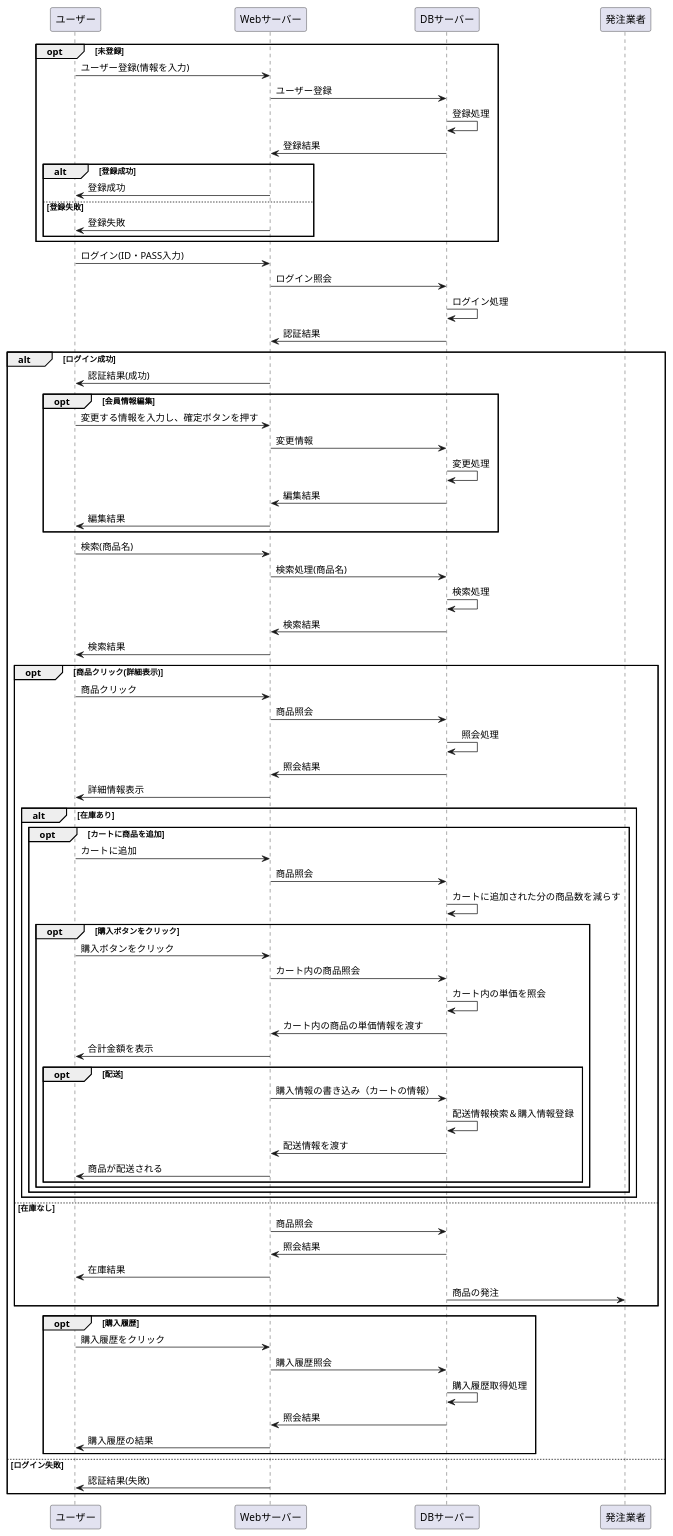
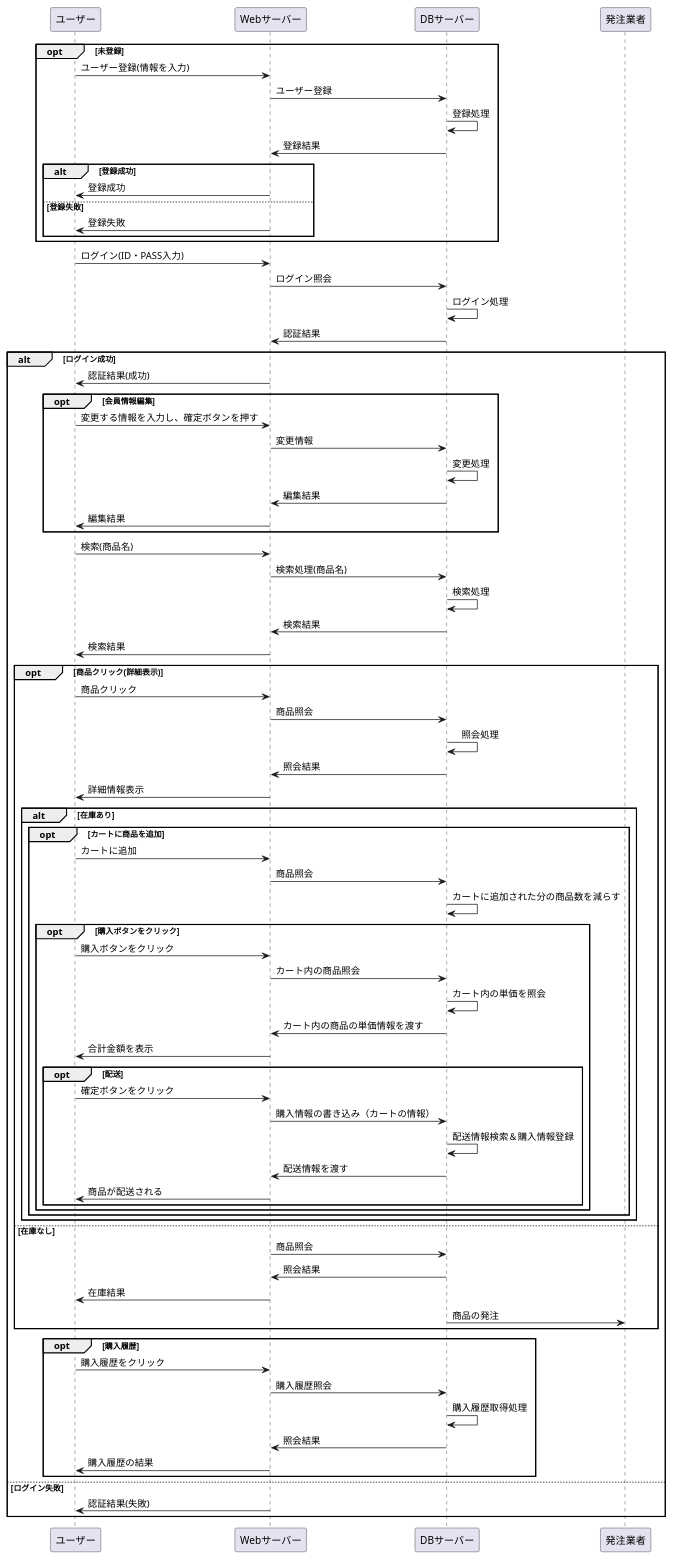
Before and after one commit to Aso2001221/Aso-Sports: the diagram in 設計書/02_業務フロー/Business-Flow.md, drawn with PlantUML.

```diff
--- a/設計書/02_業務フロー/Business-Flow.md
+++ b/設計書/02_業務フロー/Business-Flow.md
@@ -91,12 +91,14 @@
 DBサーバー -> Webサーバー :カート内の商品の単価情報を渡す
 Webサーバー -> ユーザー:合計金額を表示
 opt 配送
+ユーザー -> Webサーバー : 確定ボタンをクリック
 Webサーバー -> DBサーバー :購入情報の書き込み（カートの情報）
 DBサーバー -> DBサーバー : 配送情報検索＆購入情報登録
 DBサーバー -> Webサーバー :配送情報を渡す
 Webサーバー -> ユーザー:商品が配送される
 end
 end
+
 
 
 
```
